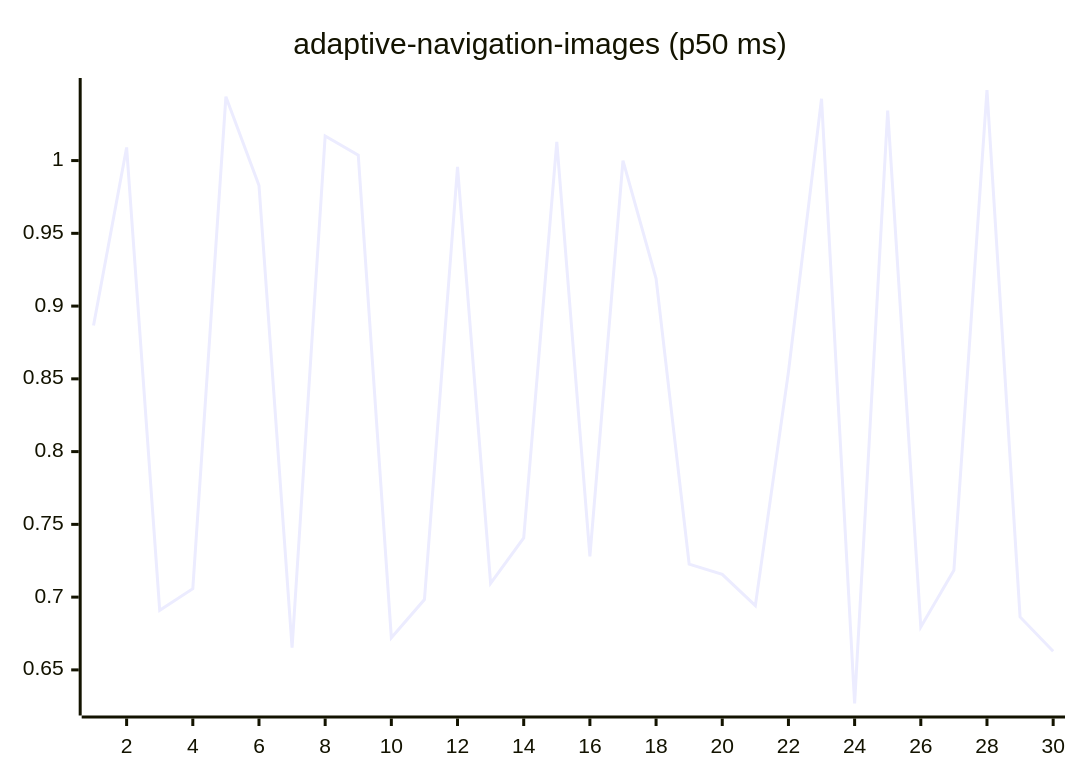
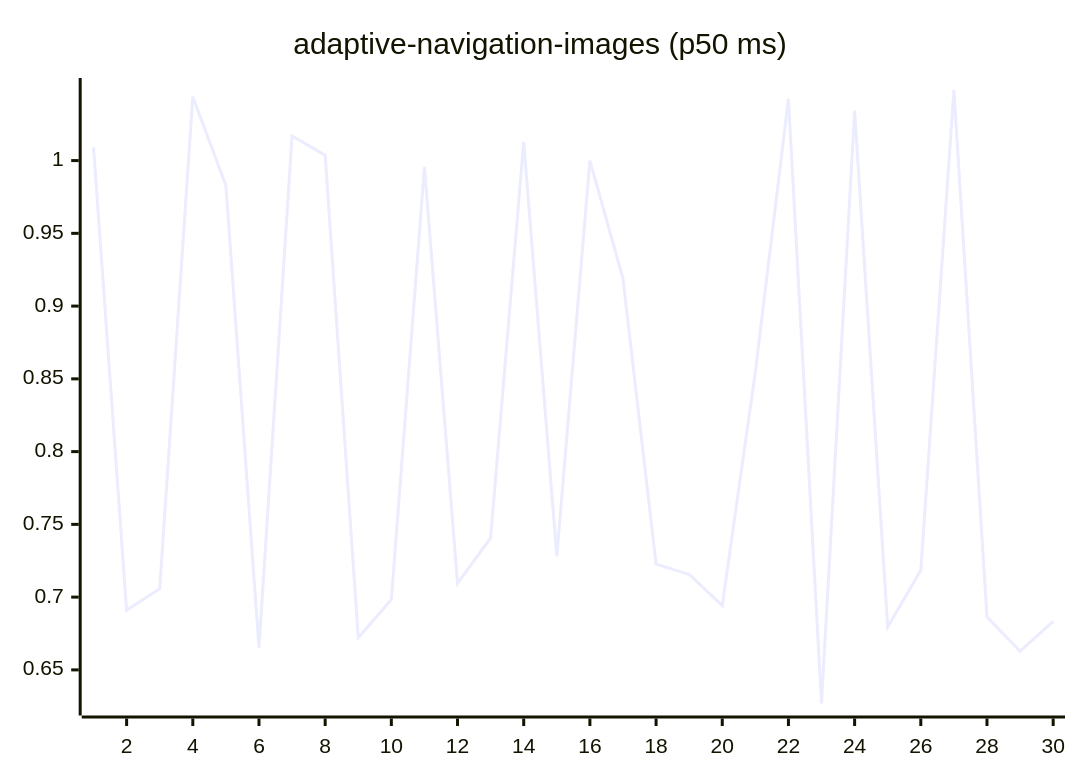
One commit to josha/Facet changed the first of 27 diagrams in README.md. Above: the diagram before and after it, drawn with Mermaid. The commit also changed other lines of this file and 2 other files, not shown here.

````diff
--- a/README.md
+++ b/README.md
@@ -63,6 +63,6 @@
 ```mermaid
 xychart-beta
     title "adaptive-navigation-images (p50 ms)"
     x-axis 1 --> 30
-    line [0.8867, 1.0090, 0.6909, 0.7058, 1.0439, 0.9829, 0.6652, 1.0169, 1.0037, 0.6721, 0.6983, 0.9956, 0.7094, 0.7407, 1.0129, 0.7280, 1.0000, 0.9189, 0.7227, 0.7156, 0.6941, 0.8547, 1.0425, 0.6269, 1.0344, 0.6795, 0.7184, 1.0485, 0.6864, 0.6628]
+    line [1.0090, 0.6909, 0.7058, 1.0439, 0.9829, 0.6652, 1.0169, 1.0037, 0.6721, 0.6983, 0.9956, 0.7094, 0.7407, 1.0129, 0.7280, 1.0000, 0.9189, 0.7227, 0.7156, 0.6941, 0.8547, 1.0425, 0.6269, 1.0344, 0.6795, 0.7184, 1.0485, 0.6864, 0.6628, 0.6834]
 ```
````
